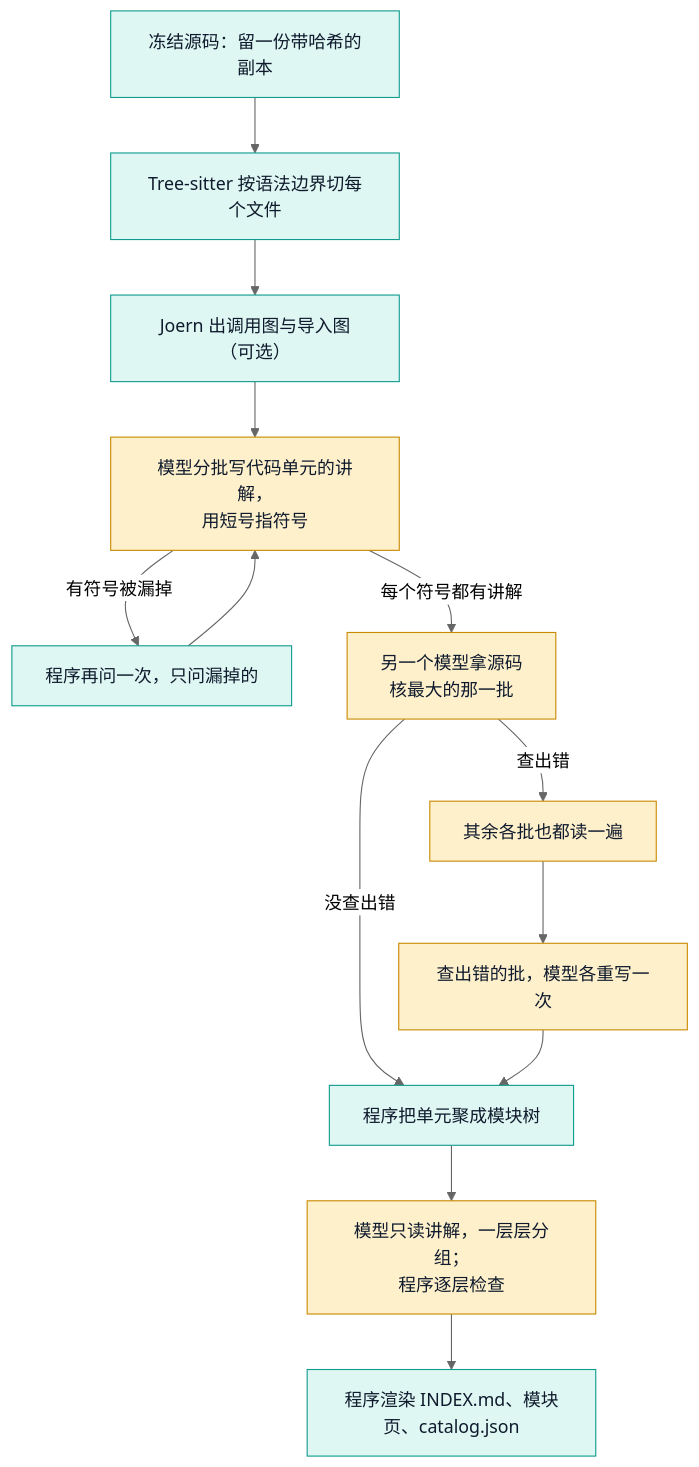
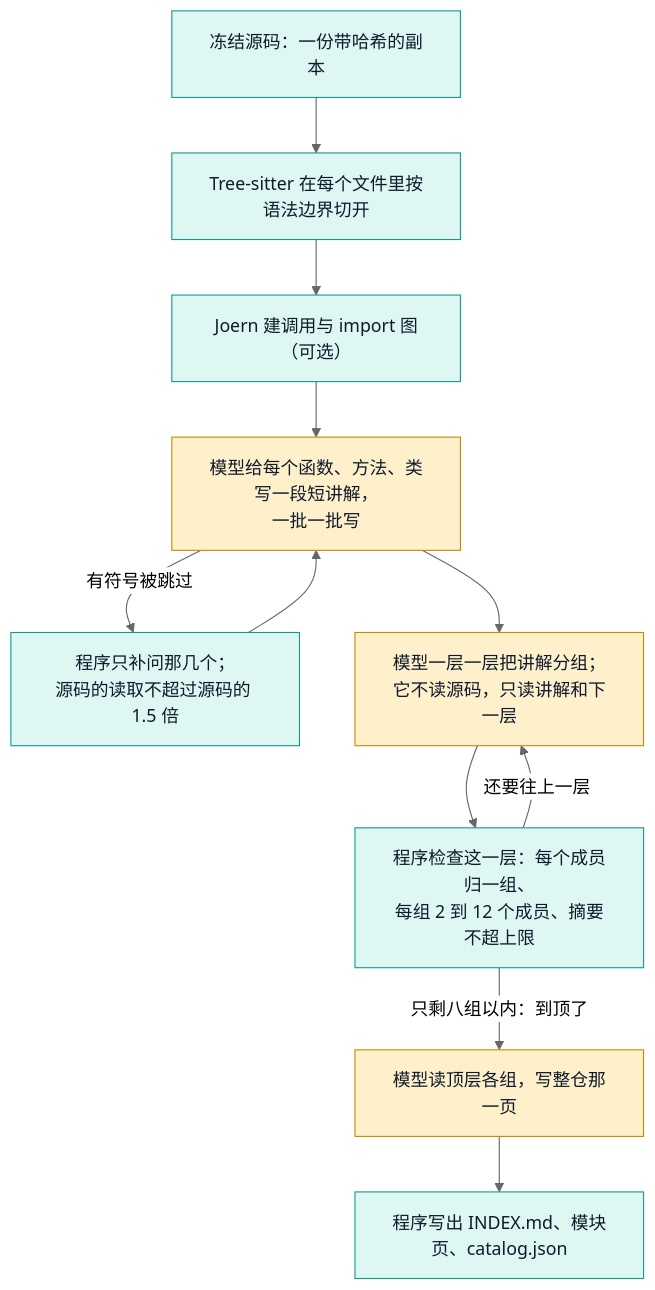
The first of 2 diagrams in README.zh-CN.md (zlxdengtianhei/codebase-explorer), drawn with Mermaid (neutral theme) before and after one commit. The commit also changed other lines of this file and 7 other files, not shown here.

````diff
--- a/README.zh-CN.md
+++ b/README.zh-CN.md
@@ -89,19 +84,17 @@
 ```mermaid
 flowchart TD
-  A["冻结源码：留一份带哈希的副本"] --> B["Tree-sitter 按语法边界切每个文件"]
-  B --> C["Joern 出调用图与导入图（可选）"]
-  C --> D["模型分批写代码单元的讲解，<br/>用短号指符号"]
-  D -->|"有符号被漏掉"| D2["程序再问一次，只问漏掉的"]
+  A["冻结源码：一份带哈希的副本"] --> B["Tree-sitter 在每个文件里按语法边界切开"]
+  B --> C["Joern 建调用与 import 图（可选）"]
+  C --> D["模型给每个函数、方法、类写一段短讲解，<br/>一批一批写"]
+  D -->|"有符号被跳过"| D2["程序只补问那几个；<br/>源码的读取不超过源码的 1.5 倍"]
   D2 --> D
-  D -->|"每个符号都有讲解"| R["另一个模型拿源码<br/>核最大的那一批"]
-  R -->|"查出错"| R2["其余各批也都读一遍"]
-  R2 --> W["查出错的批，模型各重写一次"]
-  R -->|"没查出错"| E["程序把单元聚成模块树"]
-  W --> E
-  E --> F["模型只读讲解，一层层分组；<br/>程序逐层检查"]
-  F --> G["程序渲染 INDEX.md、模块页、catalog.json"]
+  D --> F["模型一层一层把讲解分组；<br/>它不读源码，只读讲解和下一层"]
+  F --> E["程序检查这一层：每个成员归一组、<br/>每组 2 到 12 个成员、摘要不超上限"]
+  E -->|"还要往上一层"| F
+  E -->|"只剩八组以内：到顶了"| G["模型读顶层各组，写整仓那一页"]
+  G --> H["程序写出 INDEX.md、模块页、catalog.json"]
   classDef program fill:#dff7f3,stroke:#0f9b8e,color:#0f1b2d
   classDef model fill:#fff0cc,stroke:#c98a00,color:#0f1b2d
-  class A,B,C,D2,E,G program
-  class D,R,R2,W,F model
+  class A,B,C,D2,E,H program
+  class D,F,G model
 ```
````
